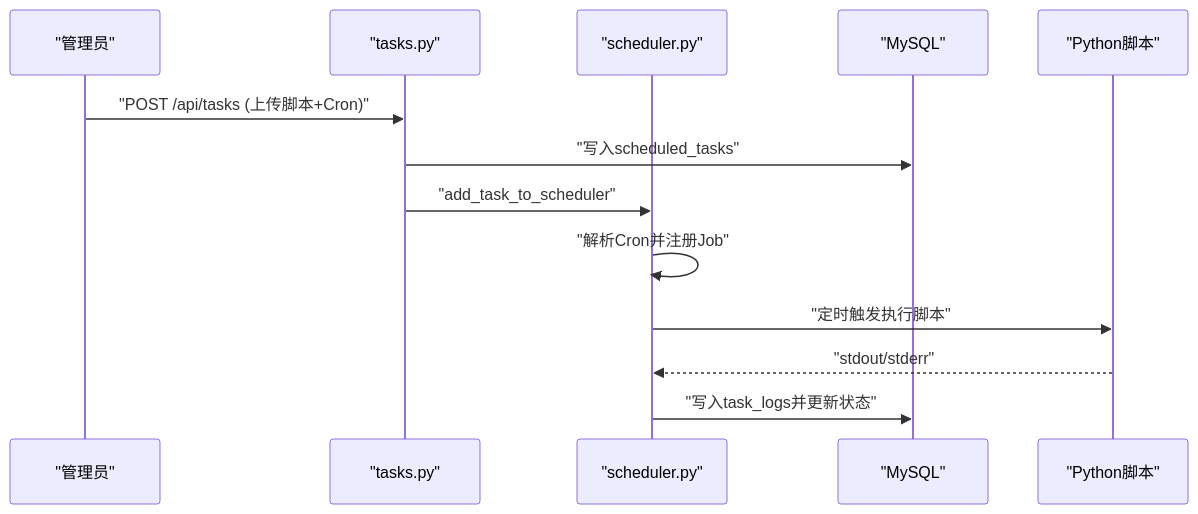
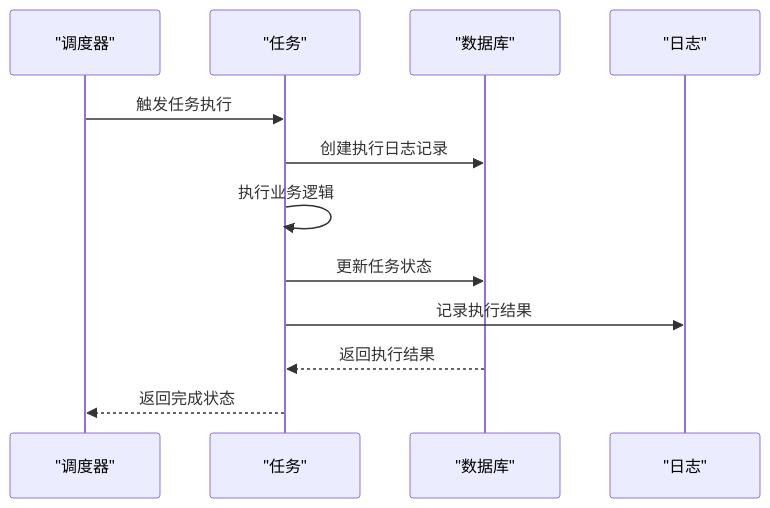
One commit to ismine3/OPS changed diagram 11 of 12 in .qoder/repowiki/zh/content/核心功能模块/证书管理模块.md. Above: the diagram before and after it, drawn with Mermaid. The commit also changed other lines of this file and 8 other files, not shown here.

````diff
--- a/.qoder/repowiki/zh/content/核心功能模块/证书管理模块.md
+++ b/.qoder/repowiki/zh/content/核心功能模块/证书管理模块.md
@@ -238,15 +405,14 @@
 ```mermaid
 sequenceDiagram
-participant Admin as "管理员"
-participant TAPI as "tasks.py"
-participant SCH as "scheduler.py"
-participant DB as "MySQL"
-participant Py as "Python脚本"
-Admin->>TAPI : "POST /api/tasks (上传脚本+Cron)"
-TAPI->>DB : "写入scheduled_tasks"
-TAPI->>SCH : "add_task_to_scheduler"
-SCH->>SCH : "解析Cron并注册Job"
-SCH->>Py : "定时触发执行脚本"
-Py-->>SCH : "stdout/stderr"
-SCH->>DB : "写入task_logs并更新状态"
+participant Scheduler as "调度器"
+participant Task as "任务"
+participant DB as "数据库"
+participant Log as "日志"
+Scheduler->>Task : 触发任务执行
+Task->>DB : 创建执行日志记录
+Task->>Task : 执行业务逻辑
+Task->>DB : 更新任务状态
+Task->>Log : 记录执行结果
+DB-->>Task : 返回执行结果
+Task-->>Scheduler : 返回完成状态
 ```
````
